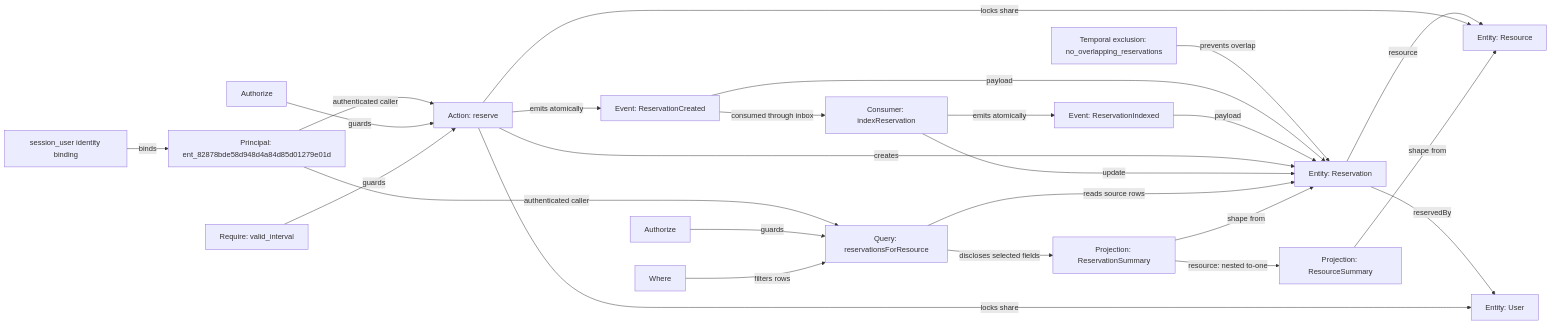
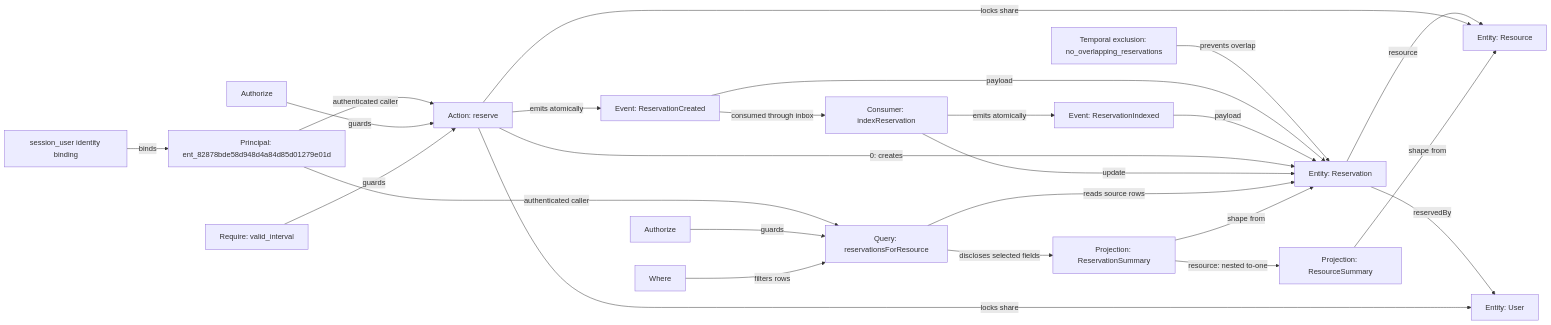
One commit to atlanticplatformgroup/ModelLang changed the diagram in generated/reservations/model.mmd. Above: the diagram before and after it, drawn with Mermaid. The commit also changed 71 other files, not shown here.

```diff
--- a/generated/reservations/model.mmd
+++ b/generated/reservations/model.mmd
@@ -1,37 +1,37 @@
 flowchart LR
   identity["session_user identity binding"]
   principal["Principal: ent_82878bde58d948d4a84d85d01279e01d"]
   identity -->|binds| principal
   entity_ent_82878bde58d948d4a84d85d01279e01d["Entity: User"]
   entity_ent_7cb2307972954d83a6f344764faaae39["Entity: Resource"]
   entity_ent_ba2d028e915841d1ab90adfa40d38404["Entity: Reservation"]
   entity_ent_ba2d028e915841d1ab90adfa40d38404 -->|resource| entity_ent_7cb2307972954d83a6f344764faaae39
   entity_ent_ba2d028e915841d1ab90adfa40d38404 -->|reservedBy| entity_ent_82878bde58d948d4a84d85d01279e01d
   exclusion_exc_d55bab6e14884cd5a7d2bacfc30458ba["Temporal exclusion: no_overlapping_reservations"] -->|prevents overlap| entity_ent_ba2d028e915841d1ab90adfa40d38404
   event_evt_40d694c9a0a274dc79c6168e47d25968["Event: ReservationCreated"]
   event_evt_40d694c9a0a274dc79c6168e47d25968 -->|payload| entity_ent_ba2d028e915841d1ab90adfa40d38404
   event_evt_60d694c9a0a274dc79c6168e47d25968["Event: ReservationIndexed"]
   event_evt_60d694c9a0a274dc79c6168e47d25968 -->|payload| entity_ent_ba2d028e915841d1ab90adfa40d38404
   action_act_508ad810a19d4b79a5009871de5cd26b["Action: reserve"]
   principal -->|authenticated caller| action_act_508ad810a19d4b79a5009871de5cd26b
-  action_act_508ad810a19d4b79a5009871de5cd26b -->|creates| entity_ent_ba2d028e915841d1ab90adfa40d38404
+  action_act_508ad810a19d4b79a5009871de5cd26b -->|0: creates| entity_ent_ba2d028e915841d1ab90adfa40d38404
   authorize_action_act_508ad810a19d4b79a5009871de5cd26b["Authorize"] -->|guards| action_act_508ad810a19d4b79a5009871de5cd26b
   require_action_act_508ad810a19d4b79a5009871de5cd26b_valid_interval["Require: valid_interval"] -->|guards| action_act_508ad810a19d4b79a5009871de5cd26b
   action_act_508ad810a19d4b79a5009871de5cd26b -->|locks share| entity_ent_7cb2307972954d83a6f344764faaae39
   action_act_508ad810a19d4b79a5009871de5cd26b -->|locks share| entity_ent_82878bde58d948d4a84d85d01279e01d
   action_act_508ad810a19d4b79a5009871de5cd26b -->|emits atomically| event_evt_40d694c9a0a274dc79c6168e47d25968
   consumer_con_20d694c9a0a274dc79c6168e47d25968["Consumer: indexReservation"]
   event_evt_40d694c9a0a274dc79c6168e47d25968 -->|consumed through inbox| consumer_con_20d694c9a0a274dc79c6168e47d25968
   consumer_con_20d694c9a0a274dc79c6168e47d25968 -->|update| entity_ent_ba2d028e915841d1ab90adfa40d38404
   consumer_con_20d694c9a0a274dc79c6168e47d25968 -->|emits atomically| event_evt_60d694c9a0a274dc79c6168e47d25968
   projection_prj_80d694c9a0a274dc79c6168e47d25968["Projection: ReservationSummary"]
   query_qry_94d8a56f4c2640fab58a4c2190c35c69["Query: reservationsForResource"]
   principal -->|authenticated caller| query_qry_94d8a56f4c2640fab58a4c2190c35c69
   query_qry_94d8a56f4c2640fab58a4c2190c35c69 -->|reads source rows| entity_ent_ba2d028e915841d1ab90adfa40d38404
   query_qry_94d8a56f4c2640fab58a4c2190c35c69 -->|discloses selected fields| projection_prj_80d694c9a0a274dc79c6168e47d25968
   projection_prj_80d694c9a0a274dc79c6168e47d25968 -->|shape from| entity_ent_ba2d028e915841d1ab90adfa40d38404
   projection_prj_85d694c9a0a274dc79c6168e47d25968["Projection: ResourceSummary"]
   projection_prj_80d694c9a0a274dc79c6168e47d25968 -->|resource: nested to-one| projection_prj_85d694c9a0a274dc79c6168e47d25968
   projection_prj_85d694c9a0a274dc79c6168e47d25968 -->|shape from| entity_ent_7cb2307972954d83a6f344764faaae39
   authorize_query_qry_94d8a56f4c2640fab58a4c2190c35c69["Authorize"] -->|guards| query_qry_94d8a56f4c2640fab58a4c2190c35c69
   where_query_qry_94d8a56f4c2640fab58a4c2190c35c69["Where"] -->|filters rows| query_qry_94d8a56f4c2640fab58a4c2190c35c69
```
